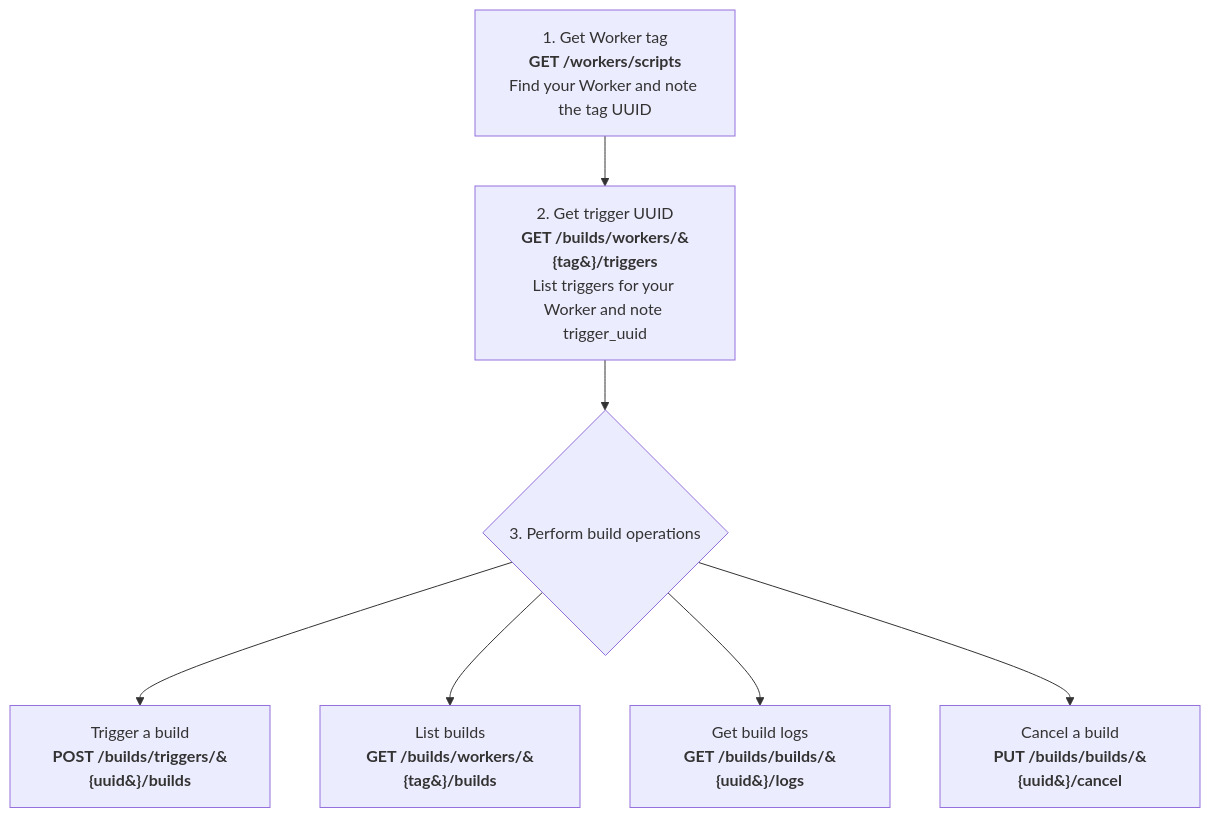
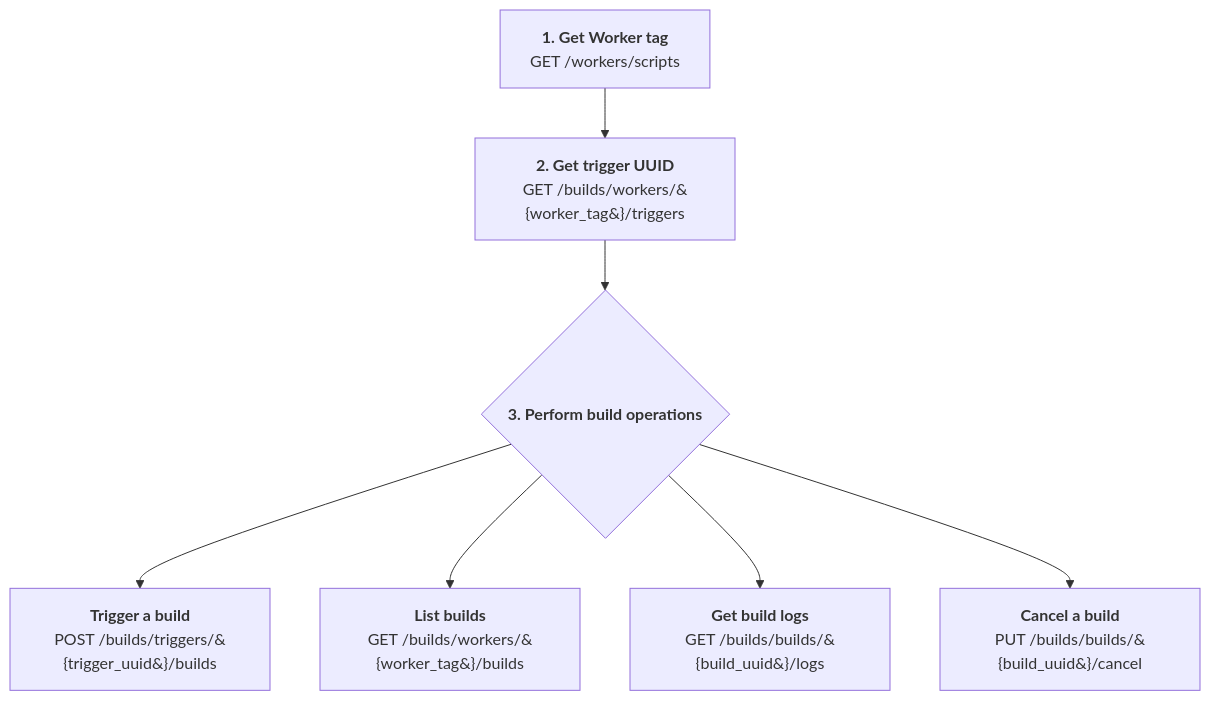
Before and after one commit to cloudflare/cloudflare-docs: the first of 3 diagrams in src/content/docs/workers/ci-cd/builds/api-reference.mdx, drawn with Mermaid. The commit also changed other lines of this file, not shown here.

Commit message:
Fixed 3 Mermaid diagrams: fields, style

````diff
--- a/src/content/docs/workers/ci-cd/builds/api-reference.mdx
+++ b/src/content/docs/workers/ci-cd/builds/api-reference.mdx
@@ -68,9 +68,9 @@
 ```mermaid
 flowchart TD
-    A["1. Get Worker tag<br/><strong>GET /workers/scripts</strong><br/>Find your Worker and note the tag UUID"] --> B["2. Get trigger UUID<br/><strong>GET /builds/workers/&#123;tag&#125;/triggers</strong><br/>List triggers for your Worker and note trigger_uuid"]
-    B --> C{"3. Perform build operations"}
-    C --> D["Trigger a build<br/><strong>POST /builds/triggers/&#123;uuid&#125;/builds</strong>"]
-    C --> E["List builds<br/><strong>GET /builds/workers/&#123;tag&#125;/builds</strong>"]
-    C --> F["Get build logs<br/><strong>GET /builds/builds/&#123;uuid&#125;/logs</strong>"]
-    C --> G["Cancel a build<br/><strong>PUT /builds/builds/&#123;uuid&#125;/cancel</strong>"]
+    A["<strong>1. Get Worker tag</strong><br/>GET /workers/scripts"] --> B["<strong>2. Get trigger UUID</strong><br/>GET /builds/workers/&#123;worker_tag&#125;/triggers"]
+    B --> C{"<strong>3. Perform build operations</strong>"}
+    C --> D["<strong>Trigger a build</strong><br/>POST /builds/triggers/&#123;trigger_uuid&#125;/builds"]
+    C --> E["<strong>List builds</strong><br/>GET /builds/workers/&#123;worker_tag&#125;/builds"]
+    C --> F["<strong>Get build logs</strong><br/>GET /builds/builds/&#123;build_uuid&#125;/logs"]
+    C --> G["<strong>Cancel a build</strong><br/>PUT /builds/builds/&#123;build_uuid&#125;/cancel"]
 ```
````
